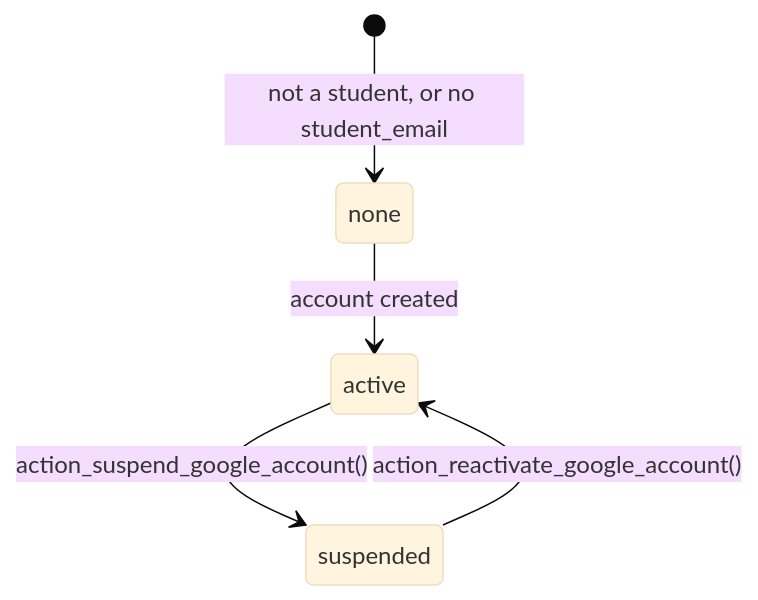
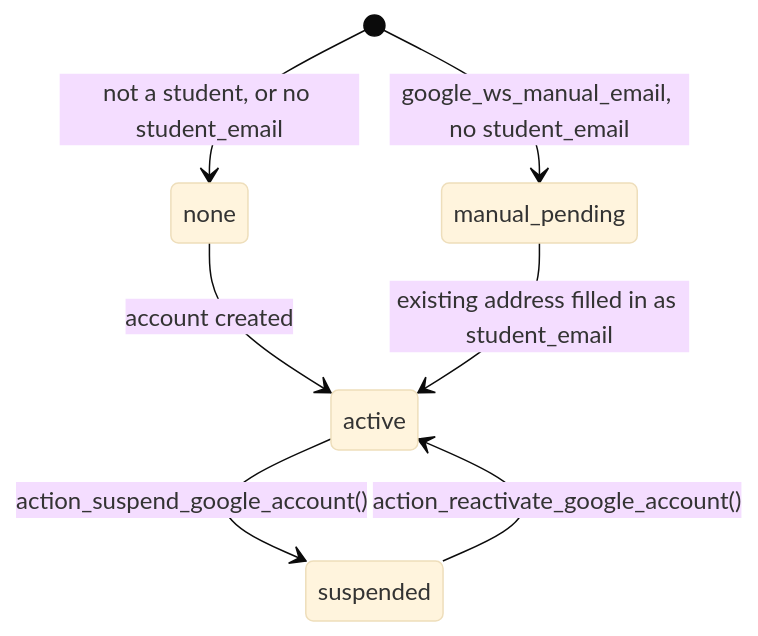
One commit to ElPuig/EMS changed the third of 6 diagrams in docs/en/developers/contacts/google_workspace_student.md. Above: the diagram before and after it, drawn with Mermaid (base theme). The commit also changed other lines of this file and 21 other files, not shown here.

Commit message:
Esfera student import: data-quality fixes, optional Google account creation and progress overlay (Closes #603)

````diff
--- a/docs/en/developers/contacts/google_workspace_student.md
+++ b/docs/en/developers/contacts/google_workspace_student.md
@@ -227,7 +228,9 @@
 ```mermaid
 stateDiagram-v2
     [*] --> none: not a student, or no student_email
+    [*] --> manual_pending: google_ws_manual_email, no student_email
     none --> active: account created
+    manual_pending --> active: existing address filled in as student_email
     active --> suspended: action_suspend_google_account()
     suspended --> active: action_reactivate_google_account()
 ```
````
